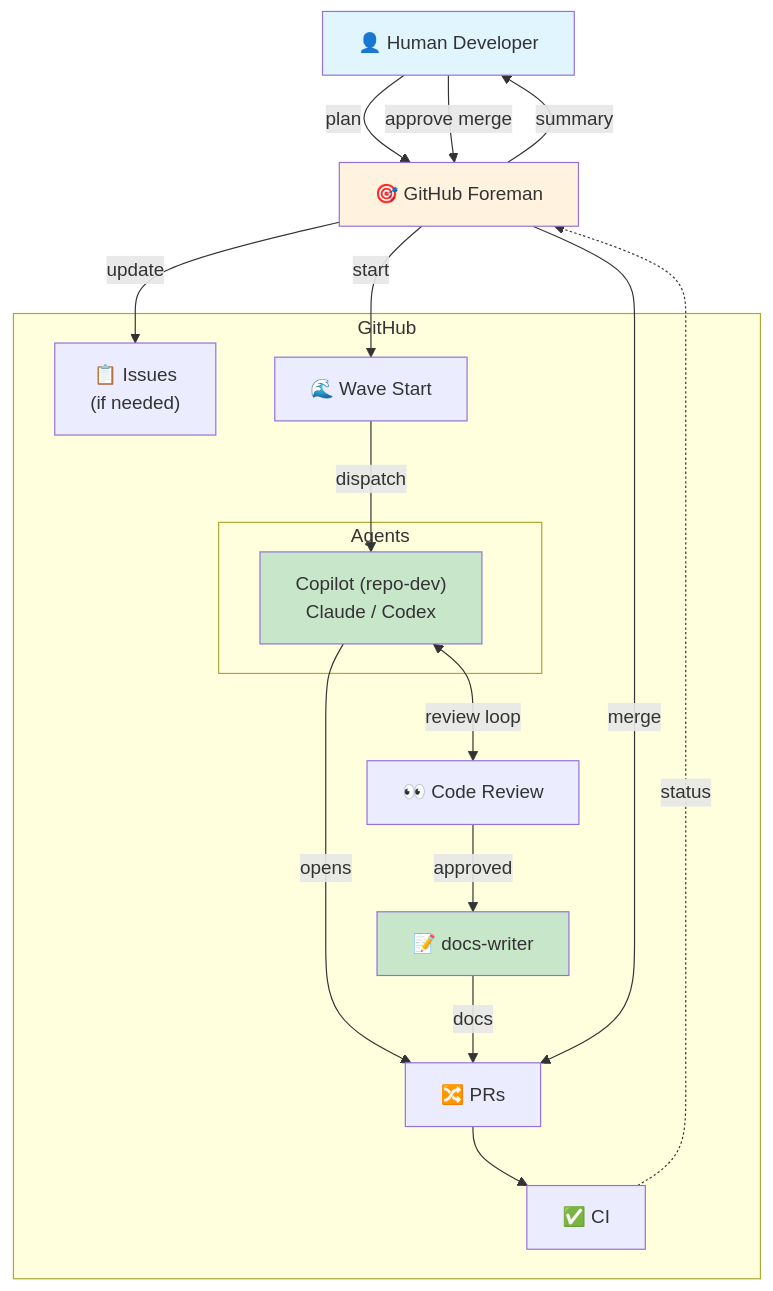
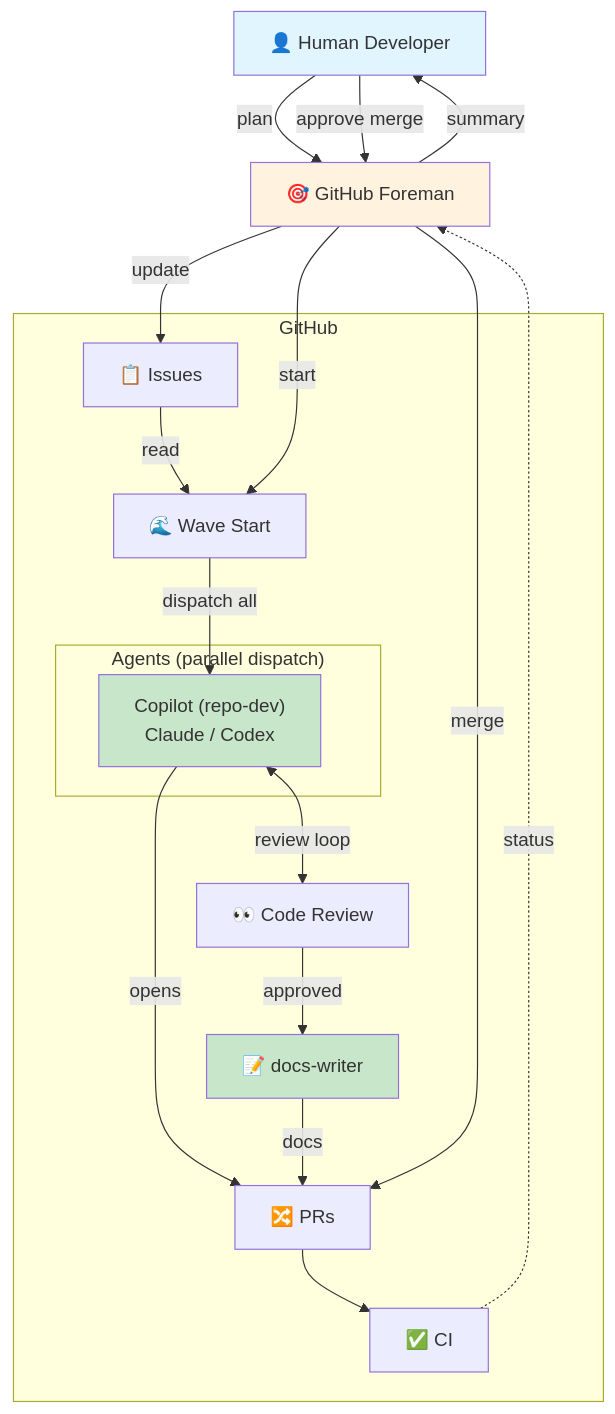
The first of 2 diagrams in README.md (ewega/github-foreman), drawn with Mermaid before and after one commit.

Commit message:
Polish interaction model diagram
- Remove '(if needed)' from Issues
- Add Issues → Wave Start link to show wave reads issues
- Update agent subgraph label to 'Agents (parallel dispatch)' - clarifies all agents dispatched at once
- Dispatch label changed from 'dispatch' to 'dispatch all' - emphasizes parallel execution
- Cleaner, more explicit flow

````diff
--- a/README.md
+++ b/README.md
@@ -70,41 +70,42 @@
 ```mermaid
 graph TB
     H["👤 Human Developer"]
     F["🎯 GitHub Foreman"]
     
     subgraph github["GitHub"]
-        Issues["📋 Issues<br/>(if needed)"]
+        Issues["📋 Issues"]
         WaveStart["🌊 Wave Start"]
         
-        subgraph agents["Agents"]
+        subgraph agents["Agents (parallel dispatch)"]
             Working["Copilot (repo-dev)<br/>Claude / Codex"]
         end
         
         CodeReview["👀 Code Review"]
         DW["📝 docs-writer"]
         PRs["🔀 PRs"]
         CI["✅ CI"]
     end
     
     H -->|"plan"| F
     F -->|"update"| Issues
+    Issues -->|"read"| WaveStart
     F -->|"start"| WaveStart
-    WaveStart -->|"dispatch"| Working
+    WaveStart -->|"dispatch all"| Working
     Working -->|"opens"| PRs
     
     Working <-->|"review loop"| CodeReview
     CodeReview -->|"approved"| DW
     
     DW -->|"docs"| PRs
     PRs --> CI
     
     CI -.->|"status"| F
     F -->|"summary"| H
     H -->|"approve merge"| F
     F -->|"merge"| PRs
     
     style H fill:#e1f5ff
     style F fill:#fff3e0
     style Working fill:#c8e6c9
     style DW fill:#c8e6c9
 ```
````
